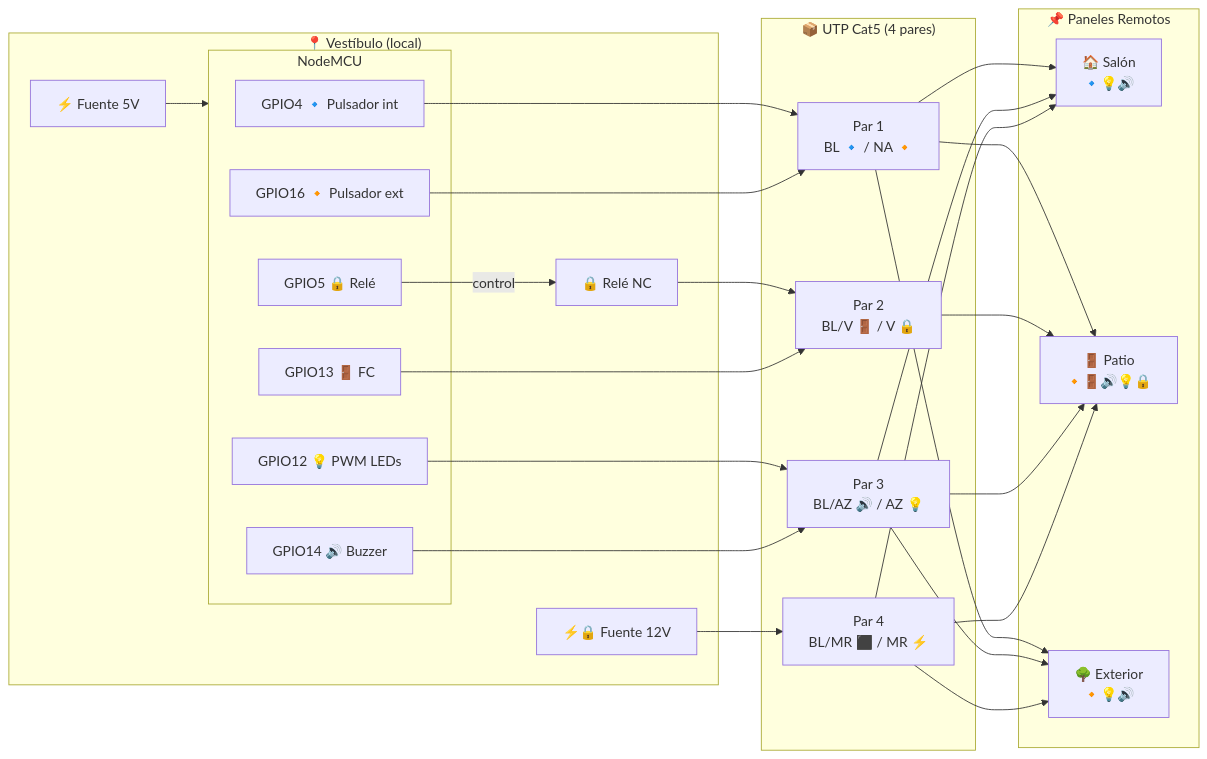
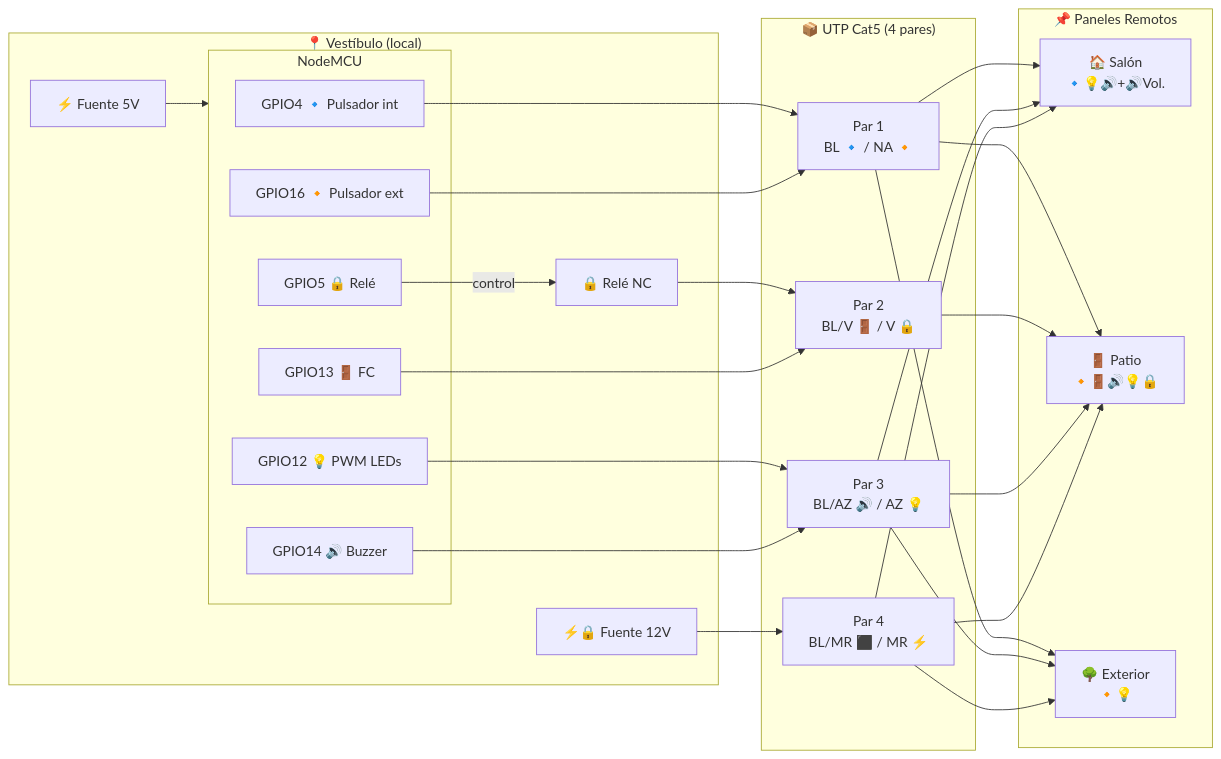
Before and after one commit to abelbour/Abrepuertas: the second of 9 diagrams in SYSTEM_DEFINITION.md, drawn with Mermaid. The commit also changed other lines of this file, not shown here.

First line of the commit message:
buzzer: solo salón (con pot), vestíbulo y patio; exterior sin buzzer

````diff
--- a/SYSTEM_DEFINITION.md
+++ b/SYSTEM_DEFINITION.md
@@ -364,39 +373,40 @@
 ```mermaid
 flowchart LR
     subgraph NodeMCU
         G4["GPIO4 🔹 Pulsador int"]
         G16["GPIO16 🔸 Pulsador ext"]
         G12["GPIO12 💡 PWM LEDs"]
         G14["GPIO14 🔊 Buzzer"]
         G5["GPIO5 🔒 Relé"]
         G13["GPIO13 🚪 FC"]
     end
 
     subgraph UTP["📦 UTP Cat5 (4 pares)"]
         P1["Par 1<br/>BL 🔹 / NA 🔸"]
         P2["Par 2<br/>BL/V 🚪 / V 🔒"]
         P3["Par 3<br/>BL/AZ 🔊 / AZ 💡"]
         P4["Par 4<br/>BL/MR ⬛ / MR ⚡"]
     end
 
     subgraph Vestibulo["📍 Vestíbulo (local)"]
         F5V["⚡ Fuente 5V"] --> NodeMCU
         F12V["⚡🔒 Fuente 12V"] --> P4
         G5 -- control --> Rele["🔒 Relé NC"]
         Rele --> P2
     end
 
     subgraph Paneles["📌 Paneles Remotos"]
-        Salon["🏠 Salón<br/>🔹💡🔊"]
+        Salon["🏠 Salón<br/>🔹💡🔊+🔊Vol."]
         Patio["🚪 Patio<br/>🔸🚪🔊💡🔒"]
-        Ext["🌳 Exterior<br/>🔸💡🔊"]
+        Ext["🌳 Exterior<br/>🔸💡"]
     end
 
     G4 & G16 --> P1
     G13 --> P2
-    G12 & G14 --> P3
+    G12 --> P3
+    G14 --> P3
     P1 --> Salon & Patio & Ext
     P2 --> Patio
     P3 --> Salon & Patio & Ext
     P4 --> Salon & Patio & Ext
 ```
````
